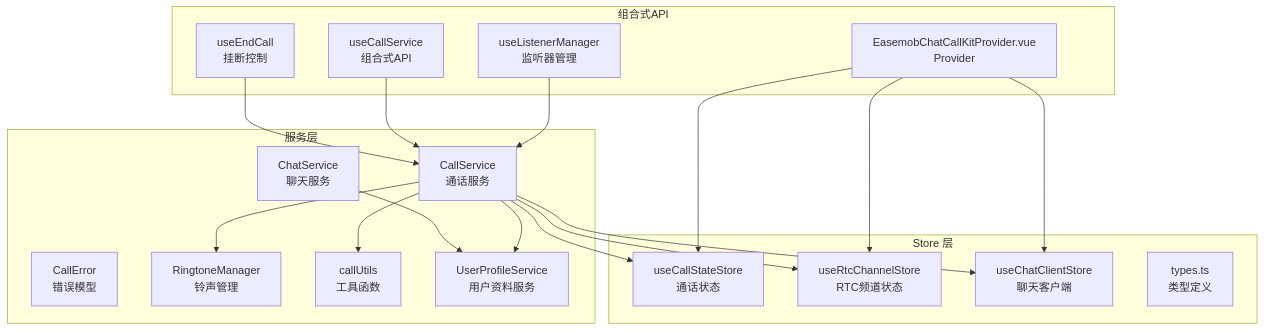
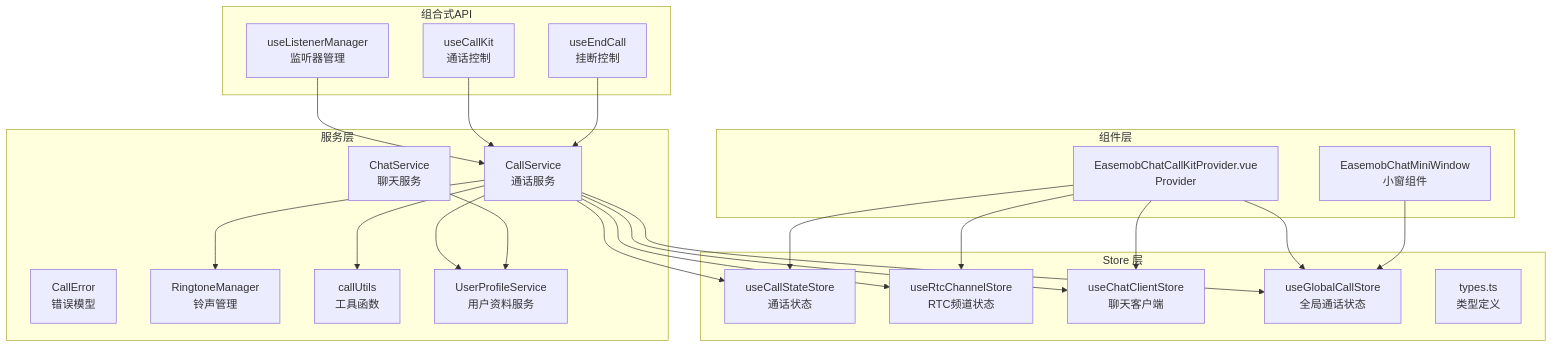
Before and after one commit to Easemob-Community/easemob-uikit-callkit-vue3: the first of 10 diagrams in .qoder/repowiki/zh/content/服务层/通话服务 (CallService).md, drawn with Mermaid. The commit also changed other lines of this file and 58 other files, not shown here.

````diff
--- a/.qoder/repowiki/zh/content/服务层/通话服务 (CallService).md
+++ b/.qoder/repowiki/zh/content/服务层/通话服务 (CallService).md
@@ -48,36 +56,43 @@
 ```mermaid
 graph TB
 subgraph "服务层"
 CS["CallService<br/>通话服务"]
 CE["CallError<br/>错误模型"]
 RM["RingtoneManager<br/>铃声管理"]
 CU["callUtils<br/>工具函数"]
 UPS["UserProfileService<br/>用户资料服务"]
 CS2["ChatService<br/>聊天服务"]
 end
 subgraph "Store 层"
 CSS["useCallStateStore<br/>通话状态"]
 RCS["useRtcChannelStore<br/>RTC频道状态"]
 CCS["useChatClientStore<br/>聊天客户端"]
+GCS["useGlobalCallStore<br/>全局通话状态"]
 T["types.ts<br/>类型定义"]
 end
 subgraph "组合式API"
 ULM["useListenerManager<br/>监听器管理"]
-UCS["useCallService<br/>组合式API"]
+UCK["useCallKit<br/>通话控制"]
 UEC["useEndCall<br/>挂断控制"]
+end
+subgraph "组件层"
+MCW["EasemobChatMiniWindow<br/>小窗组件"]
 ECP["EasemobChatCallKitProvider.vue<br/>Provider"]
 end
 CS --> RM
 CS --> CU
 CS --> CSS
 CS --> RCS
 CS --> CCS
+CS --> GCS
 CS --> UPS
 CS2 --> UPS
 ULM --> CS
-UCS --> CS
+UCK --> CS
 UEC --> CS
 ECP --> CSS
 ECP --> RCS
 ECP --> CCS
+ECP --> GCS
+MCW --> GCS
 ```
````
